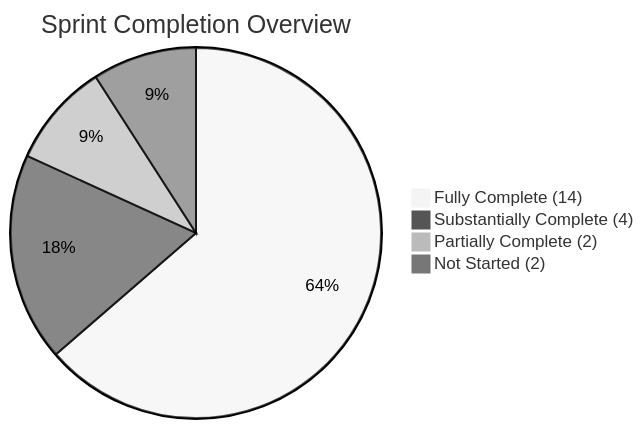
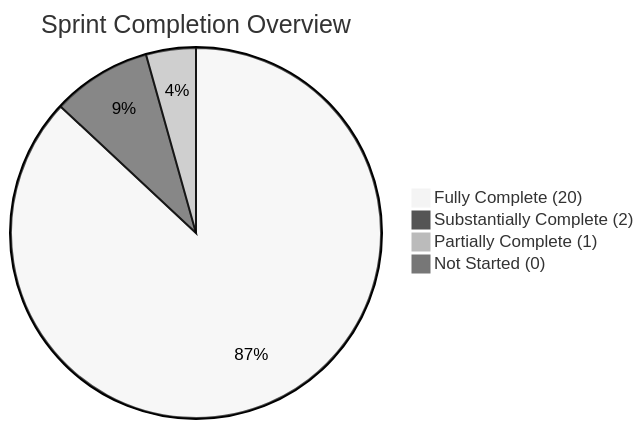
Before and after one commit to ZeeshanTahirAlvi006/real-estate-crm: the diagram in codebase_vs_plan_audit.md, drawn with Mermaid (neutral theme). The commit also changed other lines of this file and 255 other files, not shown here.

````diff
--- a/codebase_vs_plan_audit.md
+++ b/codebase_vs_plan_audit.md
@@ -19,7 +19,7 @@
 ```mermaid
 pie title Sprint Completion Overview
-    "Fully Complete (14)" : 14
-    "Substantially Complete (4)" : 4
-    "Partially Complete (2)" : 2
-    "Not Started (2)" : 2
+    "Fully Complete (20)" : 20
+    "Substantially Complete (2)" : 2
+    "Partially Complete (1)" : 1
+    "Not Started (0)" : 0
 ```
````
